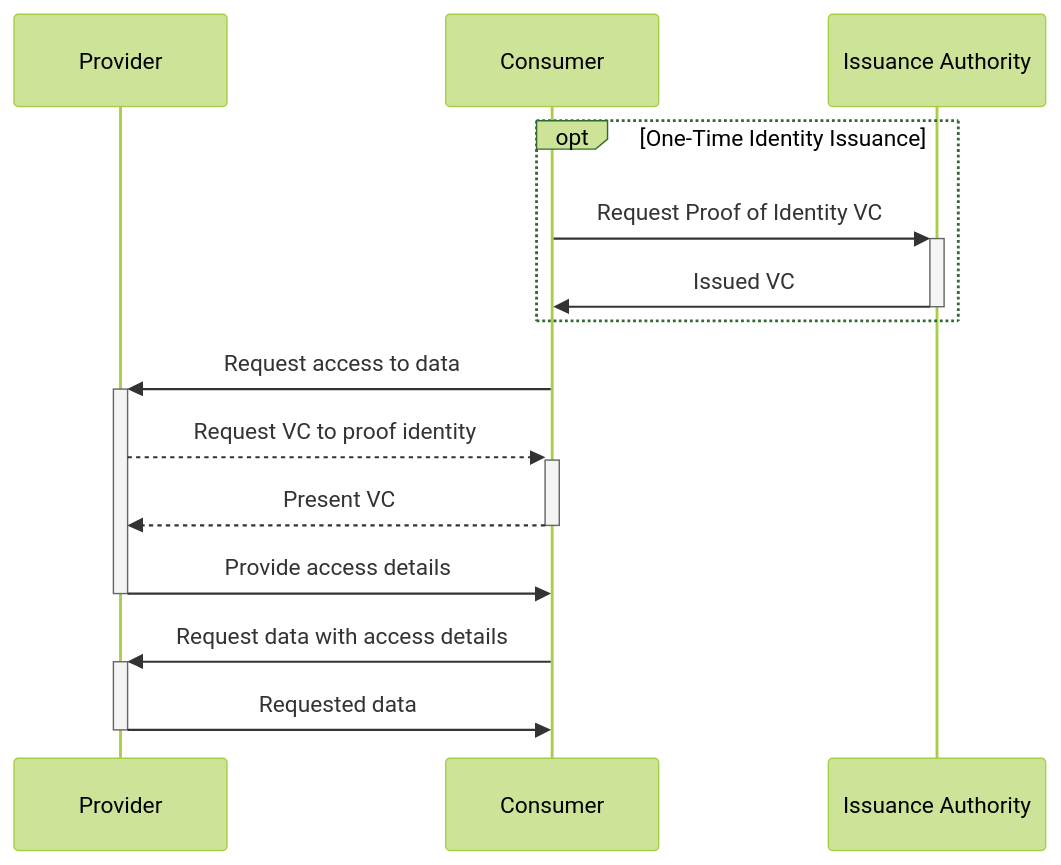
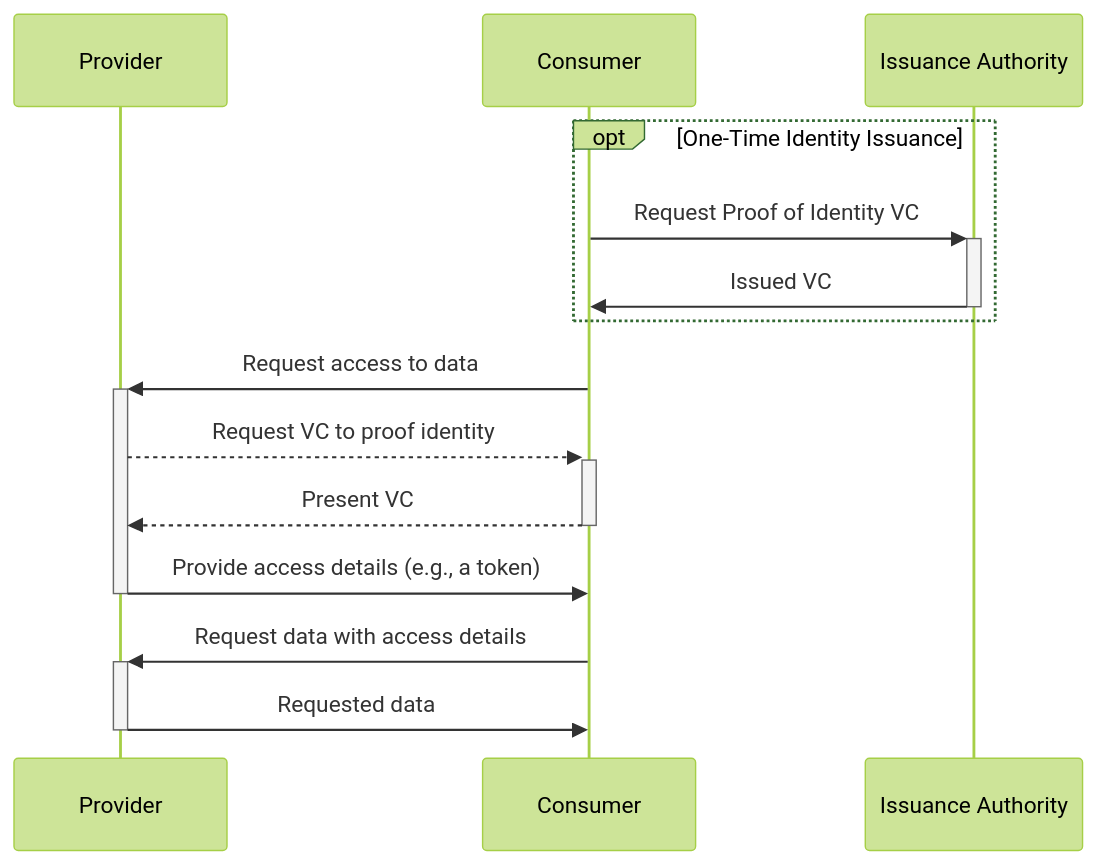
Before and after one commit to eclipse-tractusx/eclipse-tractusx.github.io: the first of 2 diagrams in docs-kits/kits/connector-kit/adoption-view/adoption-view.md, drawn with Mermaid (forest theme). The commit also changed other lines of this file and 3 other files, not shown here.

````diff
--- a/docs-kits/kits/connector-kit/adoption-view/adoption-view.md
+++ b/docs-kits/kits/connector-kit/adoption-view/adoption-view.md
@@ -66,18 +121,18 @@
 ```mermaid
 sequenceDiagram
     participant P as Provider
     participant C as Consumer
     participant I as Issuance Authority
 
     opt One-Time Identity Issuance
         C->>+I: Request Proof of Identity VC
         I->>-C: Issued VC
     end
 
     C->>+P: Request access to data
     P-->>+C: Request VC to proof identity
     C-->>-P: Present VC
-    P->>-C: Provide access details
+    P->>-C: Provide access details (e.g., a token)
     C->>+P: Request data with access details
     P->>-C: Requested data
 ```
````
